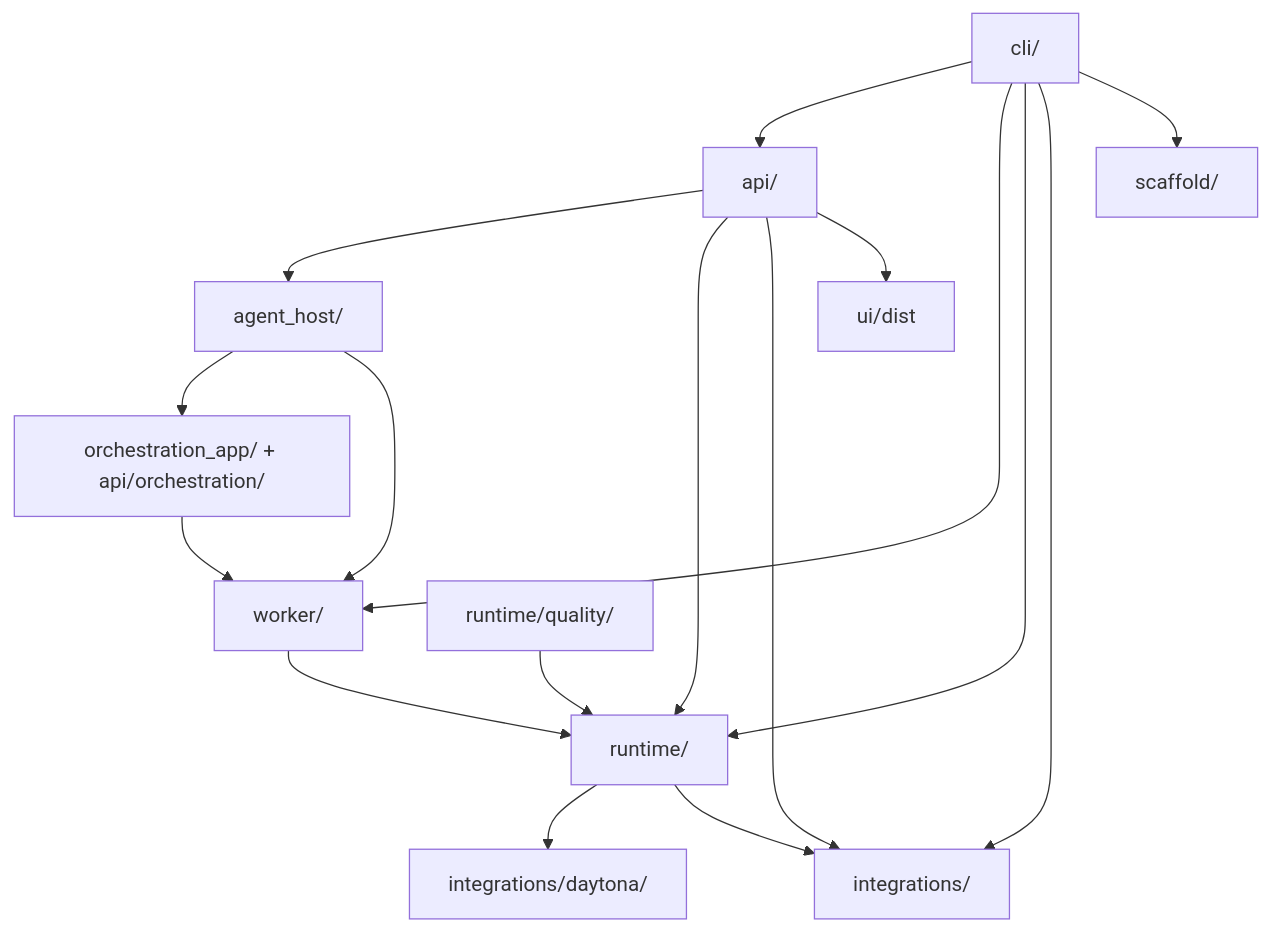
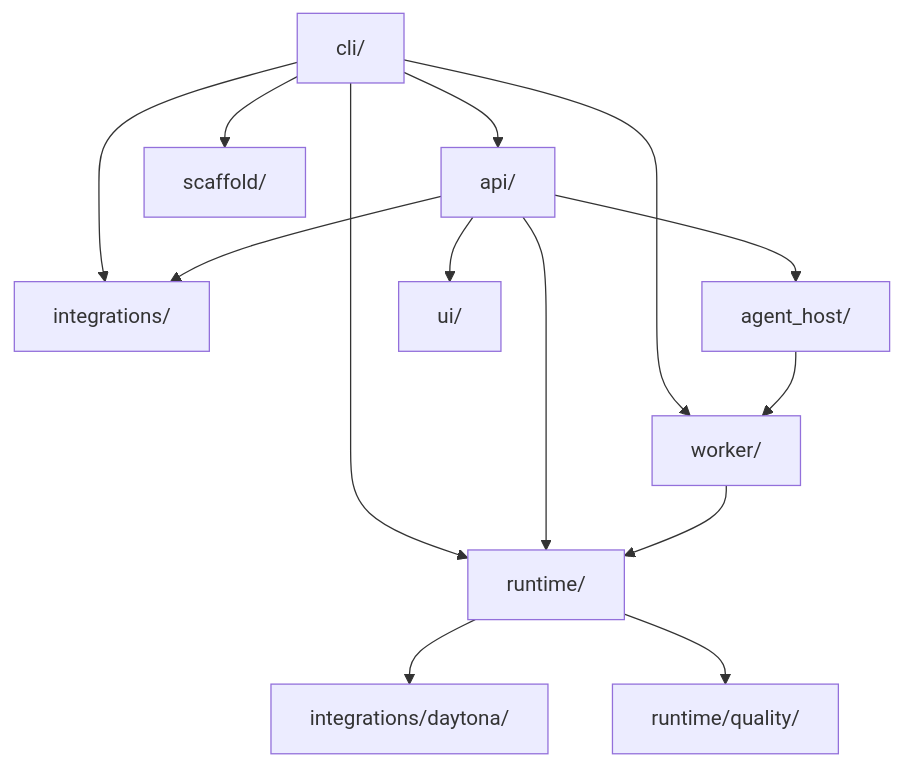
One commit to Qredence/fleet-rlm changed the first of 3 diagrams in docs/reference/module-map.md. Above: the diagram before and after it, drawn with Mermaid. The commit also changed other lines of this file and 25 other files, not shown here.

````diff
--- a/docs/reference/module-map.md
+++ b/docs/reference/module-map.md
@@ -7,33 +7,18 @@
 ```mermaid
 graph TB
-    CLI["cli/"]
-    API["api/"]
-    HOST["agent_host/"]
-    BRIDGE["orchestration_app/ + api/orchestration/"]
-    WORKER["worker/"]
-    RUNTIME["runtime/"]
-    DAYTONA["integrations/daytona/"]
-    INTEGRATIONS["integrations/"]
-    QUALITY["runtime/quality/"]
-    SCAFFOLD["scaffold/"]
-    UI["ui/dist"]
+    CLI["cli/"] --> API["api/"]
+    CLI --> WORKER["worker/"]
+    CLI --> RUNTIME["runtime/"]
+    CLI --> INTEGRATIONS["integrations/"]
+    CLI --> SCAFFOLD["scaffold/"]
 
-    CLI --> API
-    CLI --> WORKER
-    CLI --> RUNTIME
-    CLI --> INTEGRATIONS
-    CLI --> SCAFFOLD
-
-    API --> HOST
+    API --> HOST["agent_host/"]
     API --> RUNTIME
     API --> INTEGRATIONS
-    API --> UI
+    API --> UI["ui/"]
 
-    HOST --> BRIDGE
     HOST --> WORKER
-    BRIDGE --> WORKER
     WORKER --> RUNTIME
-    RUNTIME --> DAYTONA
-    RUNTIME --> INTEGRATIONS
-    QUALITY --> RUNTIME
+    RUNTIME --> DAYTONA["integrations/daytona/"]
+    RUNTIME --> QUALITY["runtime/quality/"]
 ```
````
